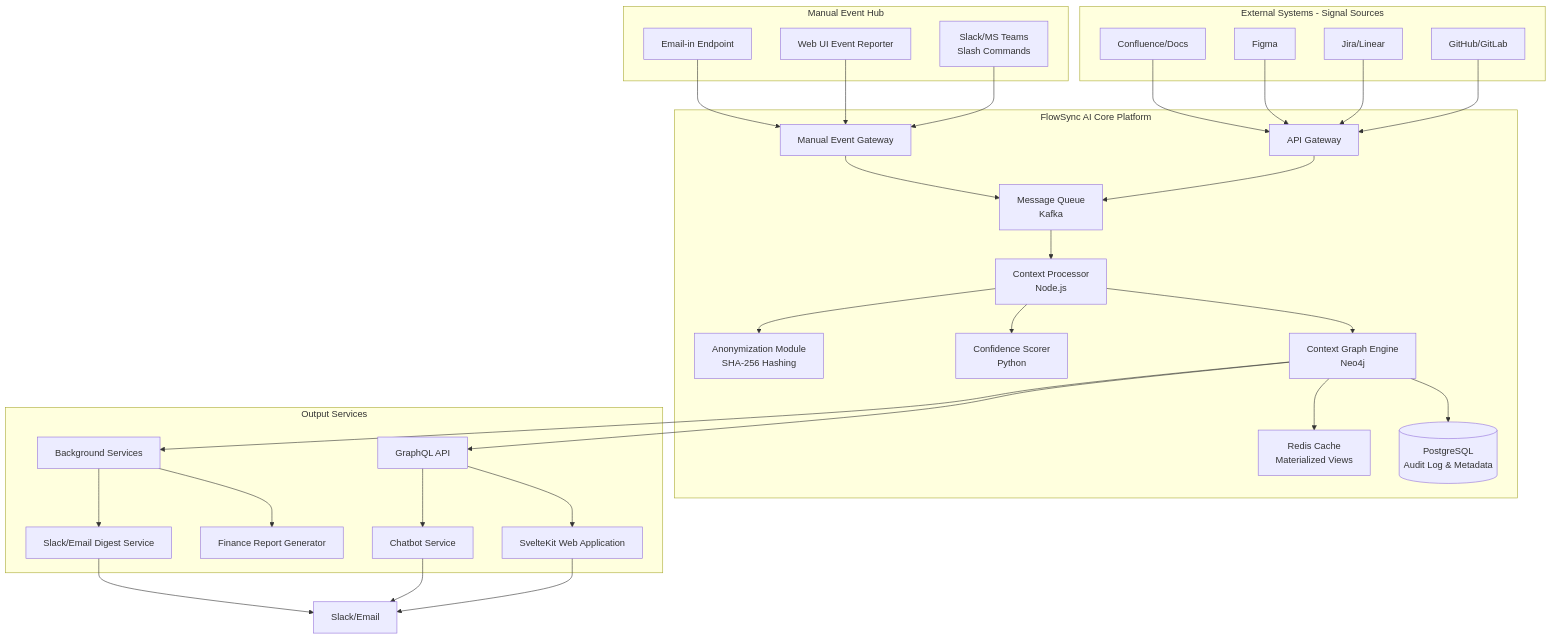
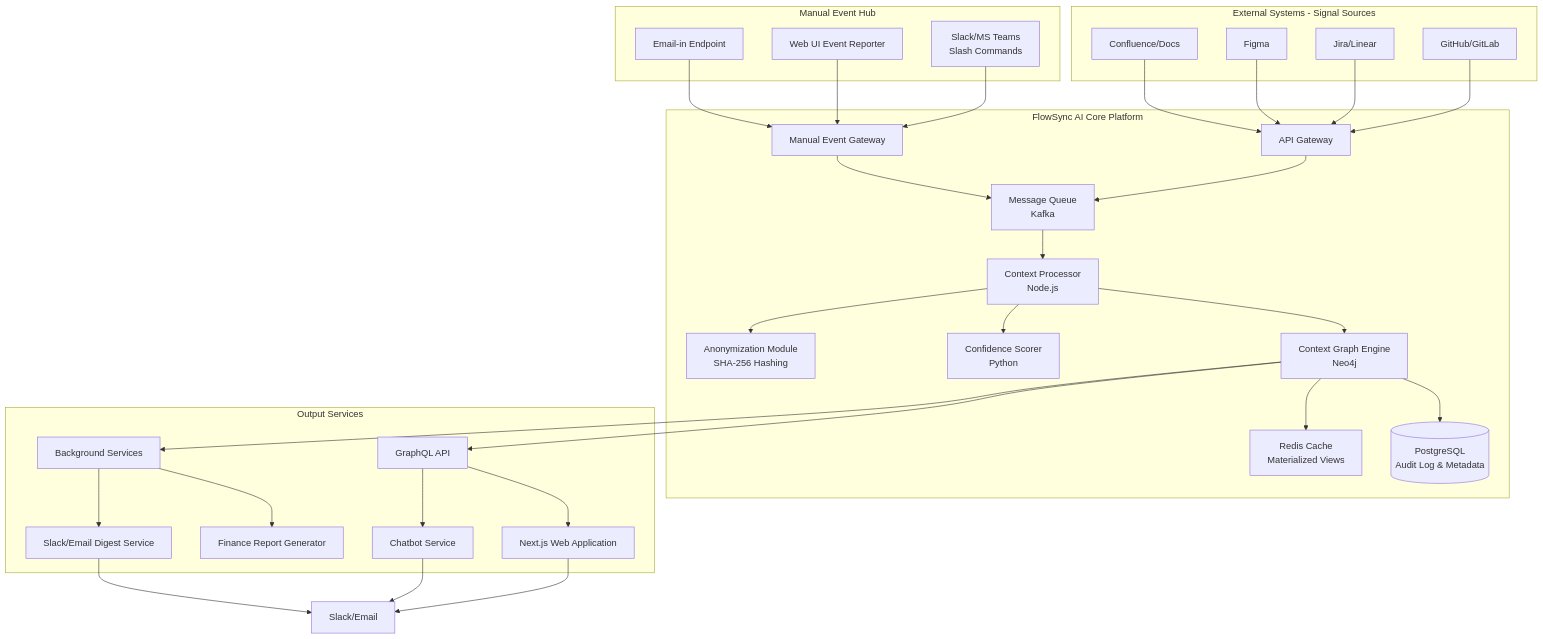
The diagram in Docs/technical_proposal.md (as00r-dev/FlowSync), drawn with Mermaid before and after one commit. The commit also changed other lines of this file and 25 other files, not shown here.

Commit message:
feat: implement Next.js frontend application with GitHub OAuth integration

````diff
--- a/Docs/technical_proposal.md
+++ b/Docs/technical_proposal.md
@@ -16,45 +16,45 @@
 ```mermaid
 flowchart TD
     subgraph ExternalSystems [External Systems - Signal Sources]
         G[GitHub/GitLab]
         J[Jira/Linear]
         F[Figma]
         C[Confluence/Docs]
     end
 
     subgraph ManualEvents [Manual Event Hub]
         S[Slack/MS Teams<br>Slash Commands]
         W[Web UI Event Reporter]
         E[Email-in Endpoint]
     end
 
     G & J & F & C --> A[API Gateway]
     S & W & E --> M[Manual Event Gateway]
 
     subgraph FlowSyncCore [FlowSync AI Core Platform]
         A --> Q[Message Queue<br/>Kafka]
         M --> Q
         
         Q --> CP[Context Processor<br/>Node.js]
         CP --> Anon[Anonymization Module<br/>SHA-256 Hashing]
         CP --> CS[Confidence Scorer<br/>Python]
         
         CP --> CG[Context Graph Engine<br/>Neo4j]
         CG --> RC[Redis Cache<br/>Materialized Views]
         CG --> PS[(PostgreSQL<br/>Audit Log & Metadata)]
     end
 
     subgraph OutputServices [Output Services]
         CG --> BS[Background Services]
         BS --> SM[Slack/Email Digest Service]
         BS --> FR[Finance Report Generator]
         
         CG --> GQL[GraphQL API]
-        GQL --> WebApp[SvelteKit Web Application]
+        GQL --> WebApp[Next.js Web Application]
         GQL --> ChatBot[Chatbot Service]
     end
 
     WebApp --> U[User Browser]
     ChatBot --> U
     SM --> U[Slack/Email]
 ```
````
